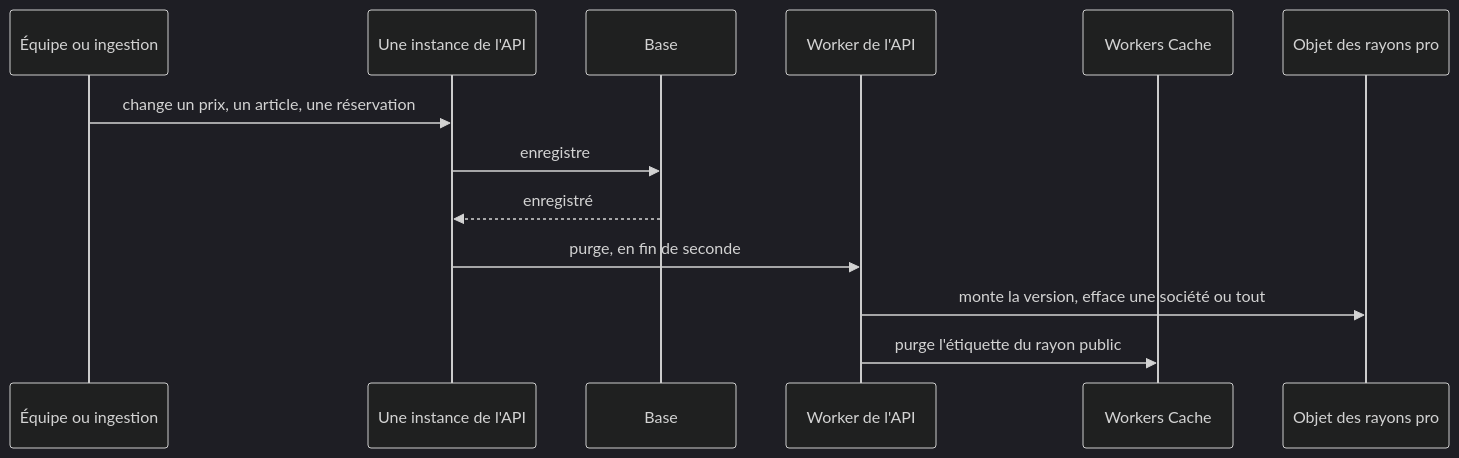
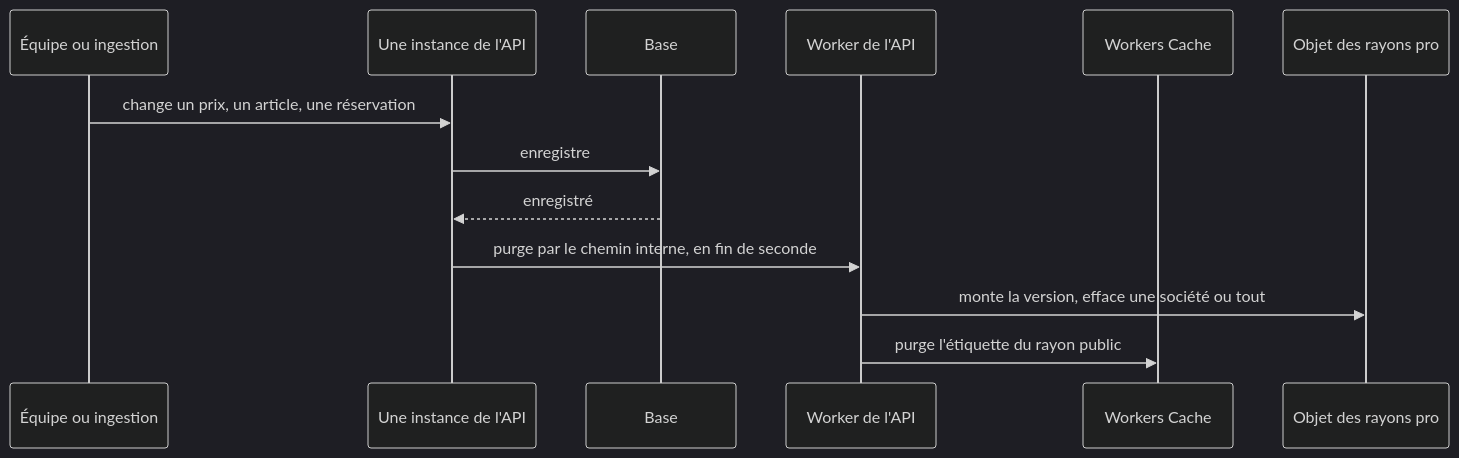
One commit to hugoheynard/lfd changed the third of 3 diagrams in documentation/pricing/moteur/plan-cache-du-catalogue.md. Above: the diagram before and after it, drawn with Mermaid (dark theme). The commit also changed other lines of this file, not shown here.

````diff
--- a/documentation/pricing/moteur/plan-cache-du-catalogue.md
+++ b/documentation/pricing/moteur/plan-cache-du-catalogue.md
@@ -67,15 +69,15 @@
 ```mermaid
 sequenceDiagram
   participant E as Équipe ou ingestion
   participant A as Une instance de l'API
   participant B as Base
   participant W as Worker de l'API
   participant C as Workers Cache
   participant O as Objet des rayons pro
   E->>A: change un prix, un article, une réservation
   A->>B: enregistre
   B-->>A: enregistré
-  A->>W: purge, en fin de seconde
+  A->>W: purge par le chemin interne, en fin de seconde
   W->>O: monte la version, efface une société ou tout
   W->>C: purge l'étiquette du rayon public
 ```
````
